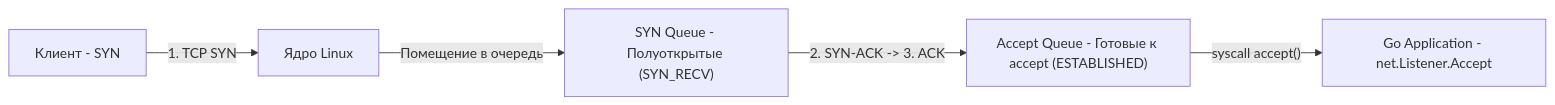
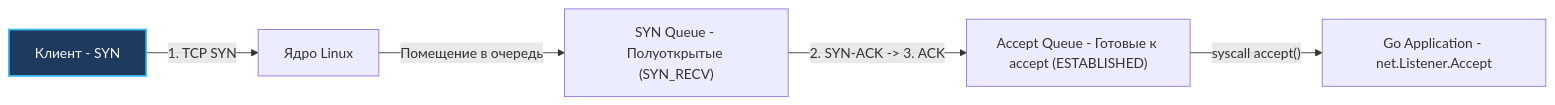
The first of 3 diagrams in sources/19. Инфраструктура. Linux, nginx, Docker, Kubernetes/01. Linux/6. Networking в Linux.md (UnrealTemplier/go-textbook), drawn with Mermaid before and after one commit. The commit also changed other lines of this file and 1666 other files, not shown here.

First line of the commit message:
feat(mermaid): add semantic color classDef to 1369 colorless flowchart/graph diagrams

````diff
--- a/sources/19. Инфраструктура. Linux, nginx, Docker, Kubernetes/01. Linux/6. Networking в Linux.md
+++ b/sources/19. Инфраструктура. Linux, nginx, Docker, Kubernetes/01. Linux/6. Networking в Linux.md
@@ -24,7 +24,17 @@
 ```mermaid
 flowchart LR
-    Client["Клиент - SYN"] -->|"1. TCP SYN"| Kernel["Ядро Linux"]
+    classDef process  fill:#1e293b,stroke:#38bdf8,stroke-width:1px,color:#f8fafc
+    classDef success  fill:#064e3b,stroke:#34d399,stroke-width:1px,color:#f8fafc
+    classDef error    fill:#7f1d1d,stroke:#f87171,stroke-width:1px,color:#f8fafc
+    classDef warning  fill:#78350f,stroke:#fbbf24,stroke-width:1px,color:#f8fafc
+    classDef entry    fill:#1e3a5f,stroke:#38bdf8,stroke-width:2px,color:#f8fafc
+    classDef aux      fill:#334155,stroke:#64748b,stroke-width:1px,color:#f8fafc
+    classDef system   fill:#312e81,stroke:#a78bfa,stroke-width:1px,color:#f8fafc
+    classDef data     fill:#132d29,stroke:#2dd4bf,stroke-width:1px,color:#f8fafc
+    classDef network  fill:#881337,stroke:#fb7185,stroke-width:1px,color:#f8fafc
+    classDef accent   fill:#1e1b4b,stroke:#818cf8,stroke-width:1px,color:#f8fafc
+    Client["Клиент - SYN"]:::entry -->|"1. TCP SYN"| Kernel["Ядро Linux"]
     Kernel -->|"Помещение в очередь"| SynQ["SYN Queue - Полуоткрытые (SYN_RECV)"]
     SynQ -->|"2. SYN-ACK -> 3. ACK"| AcceptQ["Accept Queue - Готовые к accept (ESTABLISHED)"]
     AcceptQ -->|"syscall accept()"| App["Go Application - net.Listener.Accept"]
 ```
````
